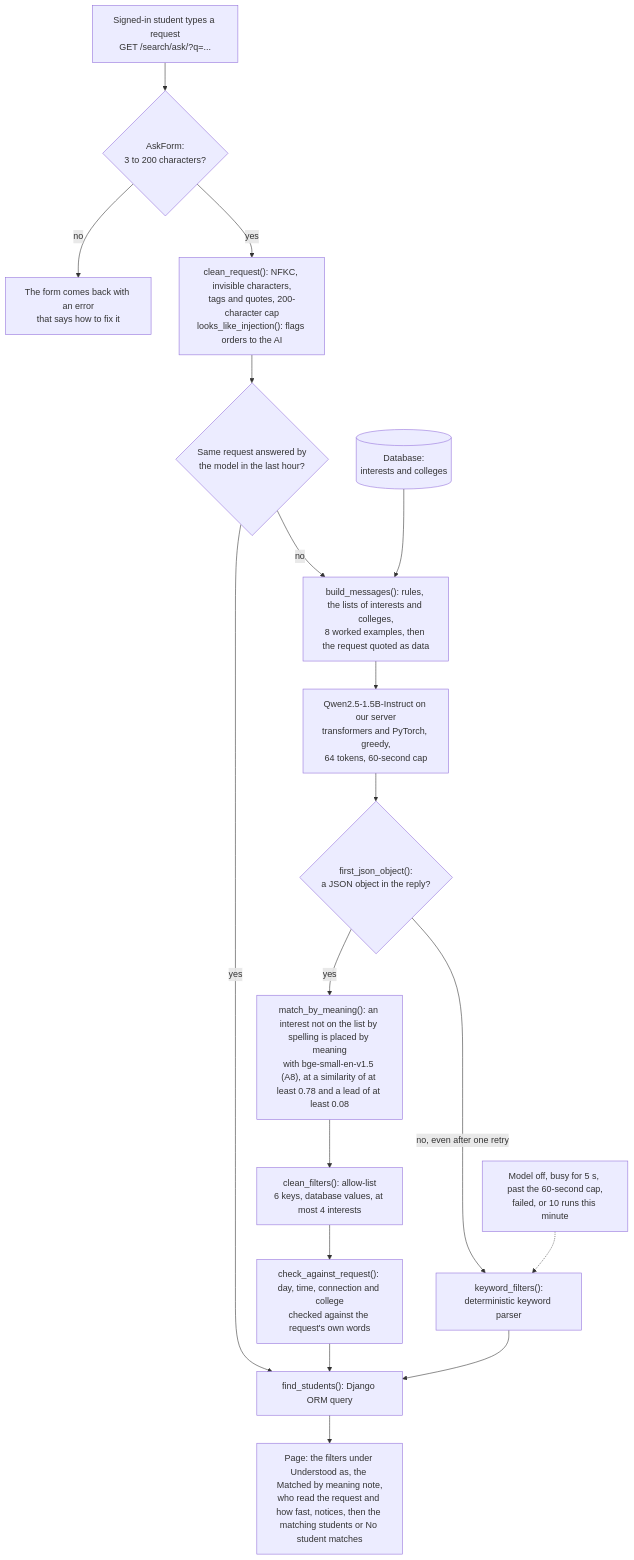
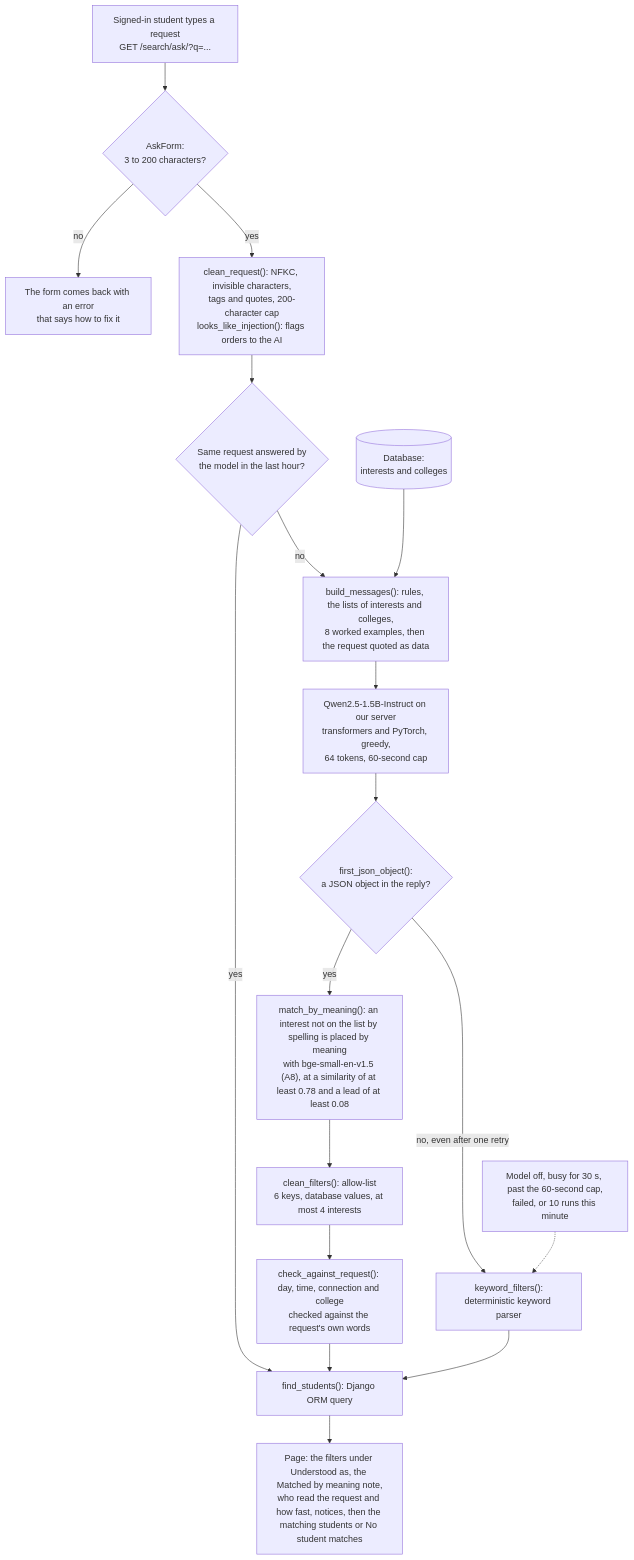
The second of 3 diagrams in README_AI.md (manojkmohan5/13_QuadConnect), drawn with Mermaid before and after one commit. The commit also changed other lines of this file and 1 other file, not shown here.

First line of the commit message:
Wait up to 30 seconds for a busy model, not 5

````diff
--- a/README_AI.md
+++ b/README_AI.md
@@ -396,20 +396,20 @@
 ```mermaid
 flowchart TD
     U["Signed-in student types a request<br/>GET /search/ask/?q=..."] --> F{"AskForm:<br/>3 to 200 characters?"}
     F -->|no| FE["The form comes back with an error<br/>that says how to fix it"]
     F -->|yes| C["clean_request(): NFKC, invisible characters,<br/>tags and quotes, 200-character cap<br/>looks_like_injection(): flags orders to the AI"]
     C --> H{"Same request answered by<br/>the model in the last hour?"}
     H -->|yes| Q
     H -->|no| P["build_messages(): rules, the lists of interests and colleges,<br/>8 worked examples, then the request quoted as data"]
     D[("Database:<br/>interests and colleges")] --> P
     P --> M["Qwen2.5-1.5B-Instruct on our server<br/>transformers and PyTorch, greedy,<br/>64 tokens, 60-second cap"]
     M --> J{"first_json_object():<br/>a JSON object in the reply?"}
     J -->|no, even after one retry| KW["keyword_filters():<br/>deterministic keyword parser"]
     J -->|yes| E["match_by_meaning(): an interest not on the list by spelling is placed by meaning<br/>with bge-small-en-v1.5 (A8), at a similarity of at least 0.78 and a lead of at least 0.08"]
     E --> A["clean_filters(): allow-list<br/>6 keys, database values, at most 4 interests"]
-    X["Model off, busy for 5 s, past the 60-second cap,<br/>failed, or 10 runs this minute"] -.-> KW
+    X["Model off, busy for 30 s, past the 60-second cap,<br/>failed, or 10 runs this minute"] -.-> KW
     A --> CK["check_against_request(): day, time, connection and college<br/>checked against the request's own words"]
     CK --> Q["find_students(): Django ORM query"]
     KW --> Q
     Q --> O["Page: the filters under Understood as, the Matched by meaning note,<br/>who read the request and how fast, notices, then the matching students or No student matches"]
 ```
````
